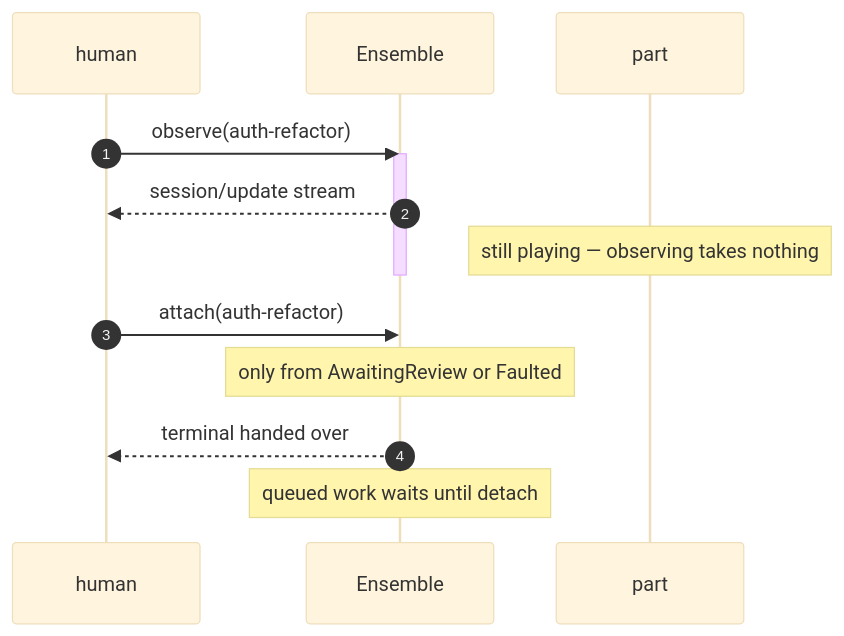
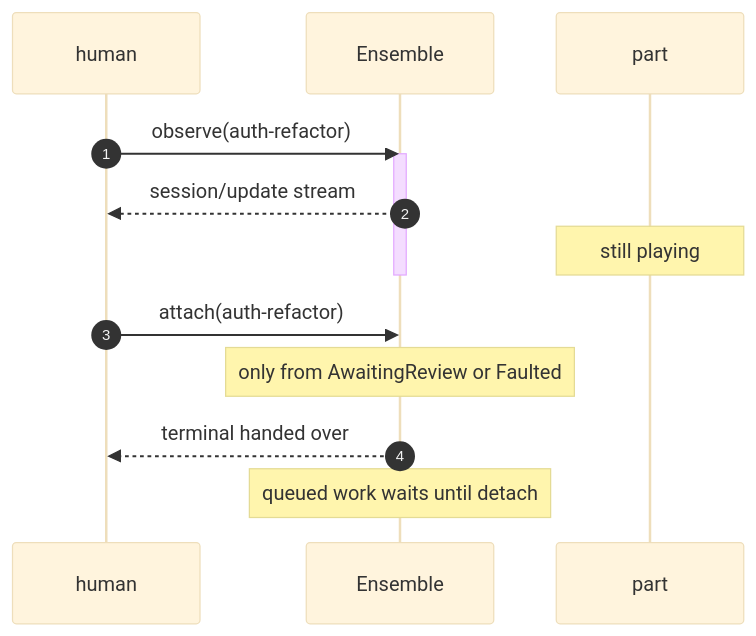
Before and after one commit to noclearreaction/symphony-maestro: the fifth of 5 diagrams in docs/ensemble/README.md, drawn with Mermaid (base theme). The commit also changed other lines of this file, not shown here.

````diff
--- a/docs/ensemble/README.md
+++ b/docs/ensemble/README.md
@@ -653,16 +561,16 @@
 ```mermaid
 sequenceDiagram
   autonumber
   participant H as human
   participant E as Ensemble
   participant P as part
   H->>E: observe(auth-refactor)
   activate E
   E-->>H: session/update stream
-  Note over P: still playing — observing takes nothing
+  Note over P: still playing
   deactivate E
   H->>E: attach(auth-refactor)
   Note over E: only from AwaitingReview or Faulted
   E-->>H: terminal handed over
   Note over E: queued work waits until detach
 ```
````
